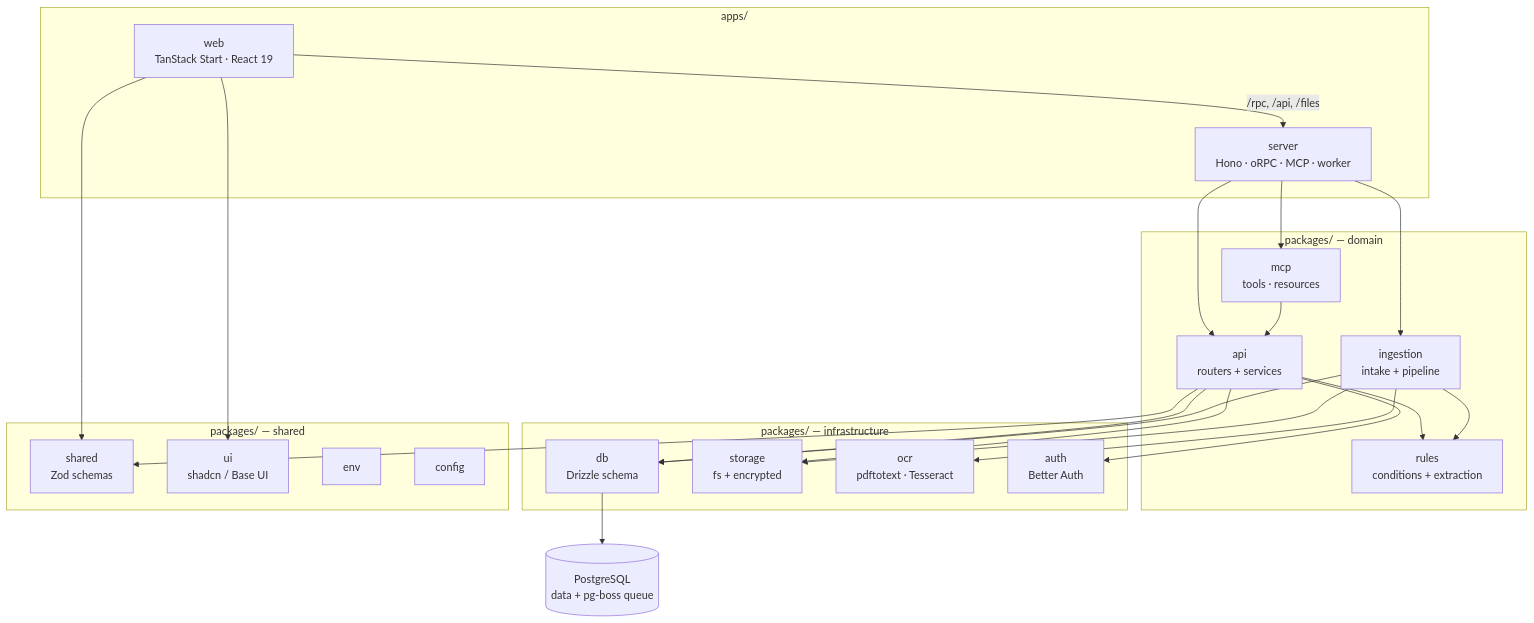
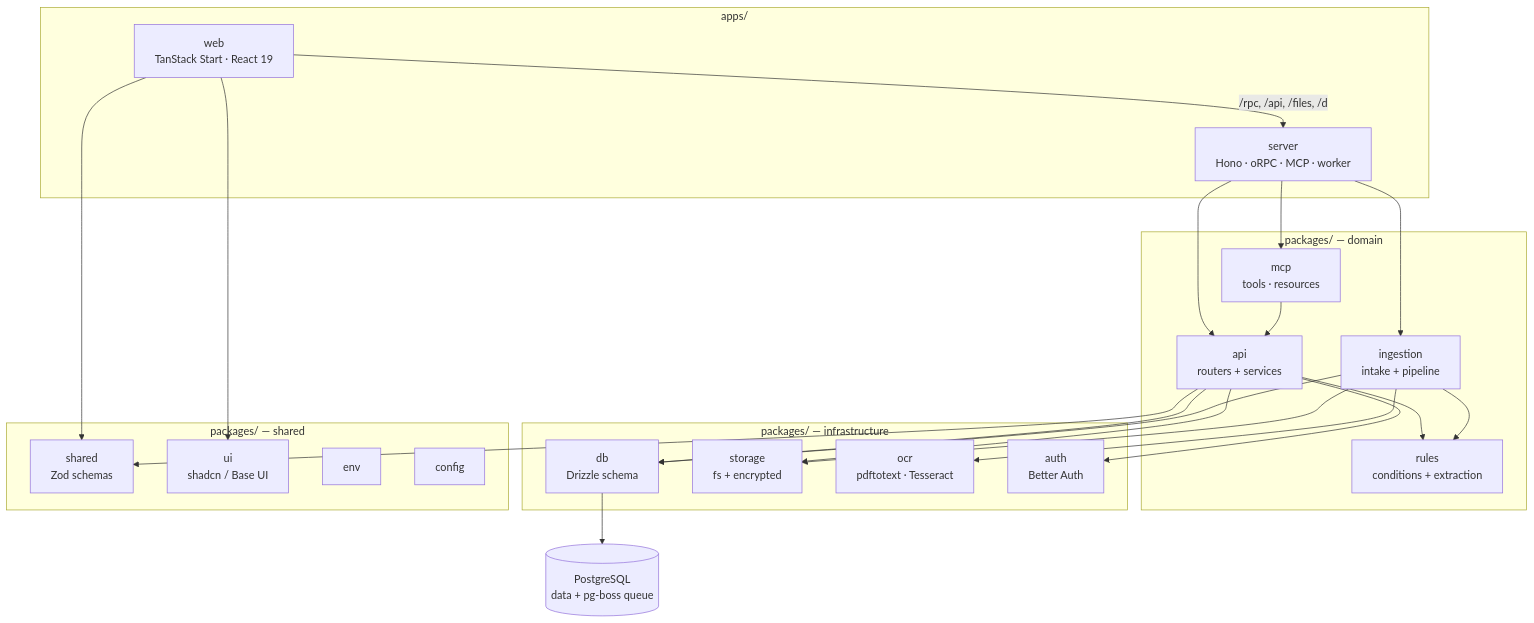
The diagram in README.md (KristenJestin/docstore), drawn with Mermaid before and after one commit. The commit also changed other lines of this file and 31 other files, not shown here.

````diff
--- a/README.md
+++ b/README.md
@@ -101,46 +101,46 @@
 ```mermaid
 flowchart TD
     subgraph apps["apps/"]
         web["web<br/>TanStack Start · React 19"]
         server["server<br/>Hono · oRPC · MCP · worker"]
     end
 
     subgraph domain["packages/ — domain"]
         api["api<br/>routers + services"]
         ingestion["ingestion<br/>intake + pipeline"]
         rules["rules<br/>conditions + extraction"]
         mcp["mcp<br/>tools · resources"]
     end
 
     subgraph infra["packages/ — infrastructure"]
         db["db<br/>Drizzle schema"]
         storage["storage<br/>fs + encrypted"]
         ocr["ocr<br/>pdftotext · Tesseract"]
         auth["auth<br/>Better Auth"]
     end
 
     subgraph shared["packages/ — shared"]
         sharedPkg["shared<br/>Zod schemas"]
         ui["ui<br/>shadcn / Base UI"]
         env["env"]
         config["config"]
     end
 
-    web -->|"/rpc, /api, /files"| server
+    web -->|"/rpc, /api, /files, /d"| server
     web --> ui
     web --> sharedPkg
     server --> api
     server --> mcp
     server --> ingestion
     api --> rules
     api --> db
     api --> storage
     api --> auth
     api --> sharedPkg
     ingestion --> ocr
     ingestion --> rules
     ingestion --> db
     ingestion --> storage
     mcp --> api
     db --> pg[("PostgreSQL<br/>data + pg-boss queue")]
 ```
````
